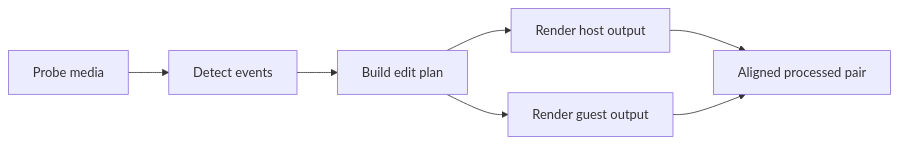
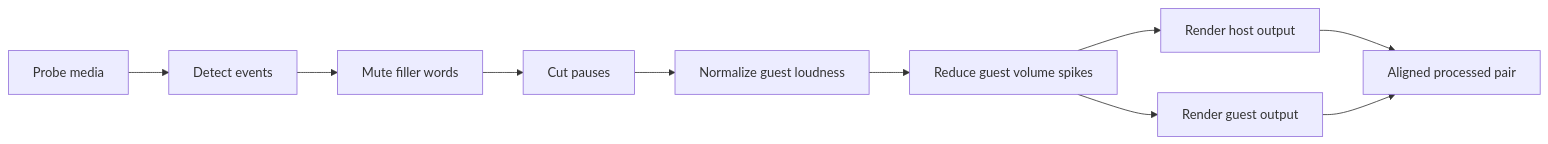
Before and after one commit to ScotterMonk/AV-Cleaner: the diagram in README.md, drawn with Mermaid. The commit also changed other lines of this file and 38 other files, not shown here.

````diff
--- a/README.md
+++ b/README.md
@@ -17,9 +18,12 @@
 ```mermaid
 flowchart LR
     A[Probe media] --> B[Detect events]
-    B --> C[Build edit plan]
-    C --> D[Render host output]
-    C --> E[Render guest output]
-    D --> F[Aligned processed pair]
-    E --> F
+    B --> C[Mute filler words]
+    C --> D[Cut pauses]
+    D --> E[Normalize guest loudness]
+    E --> F[Reduce guest volume spikes]
+    F --> G[Render host output]
+    F --> H[Render guest output]
+    G --> I[Aligned processed pair]
+    H --> I
 ```
````
